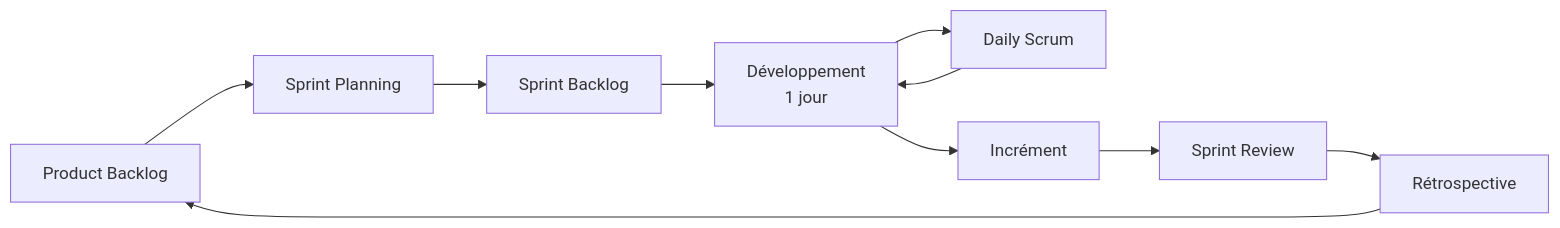
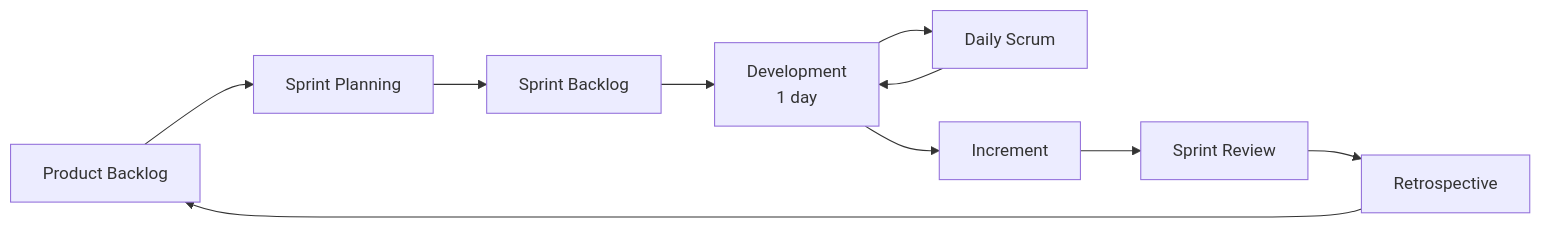
Before and after one commit to joeylukoji/Aurix: the diagram in docs/scrum/README.md, drawn with Mermaid. The commit also changed other lines of this file and 6 other files, not shown here.

````diff
--- a/docs/scrum/README.md
+++ b/docs/scrum/README.md
@@ -31,12 +31,12 @@
 ```mermaid
 flowchart LR
     PB[Product Backlog] --> SP[Sprint Planning]
     SP --> SB[Sprint Backlog]
-    SB --> DEV[Développement<br/>1 jour]
+    SB --> DEV[Development<br/>1 day]
     DEV --> DS[Daily Scrum]
     DS --> DEV
-    DEV --> INC[Incrément]
+    DEV --> INC[Increment]
     INC --> SR[Sprint Review]
-    SR --> RE[Rétrospective]
+    SR --> RE[Retrospective]
     RE --> PB
 ```
````
